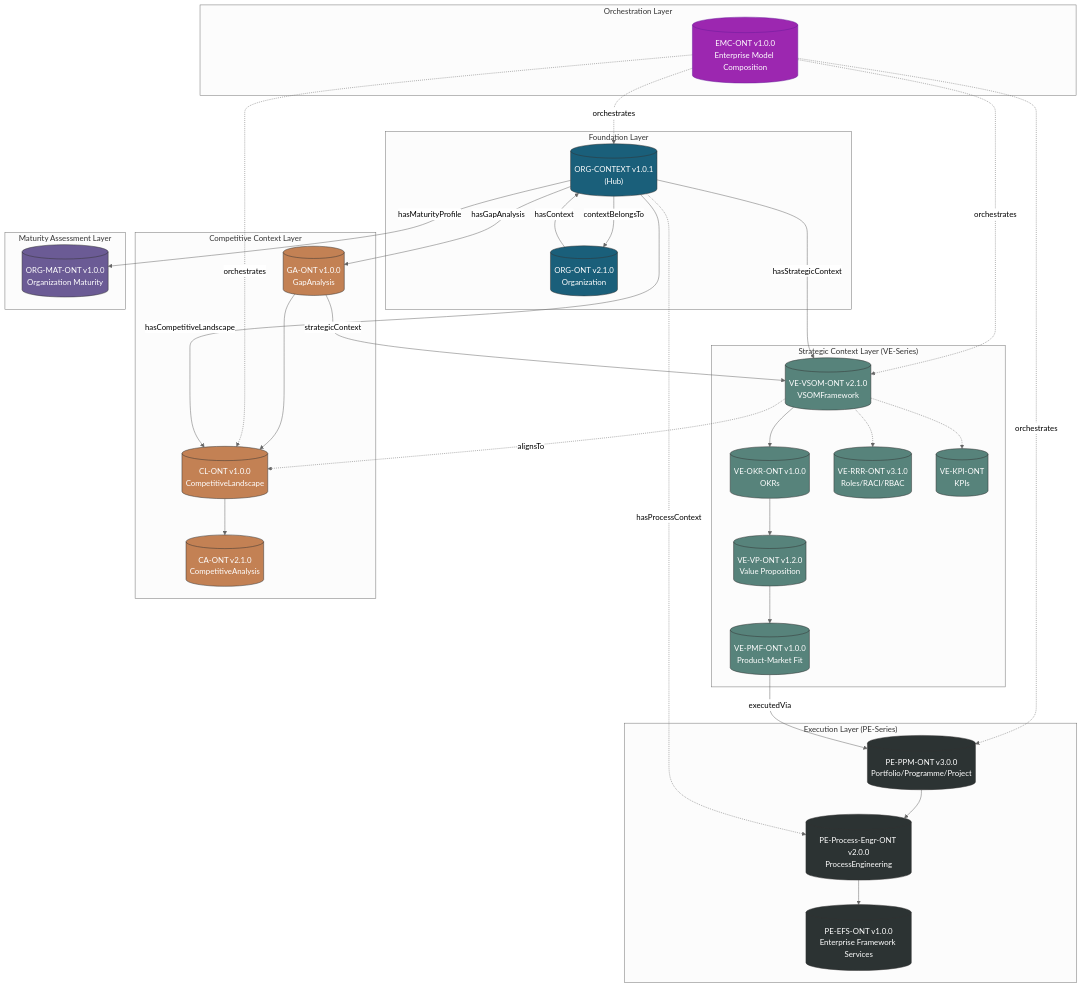
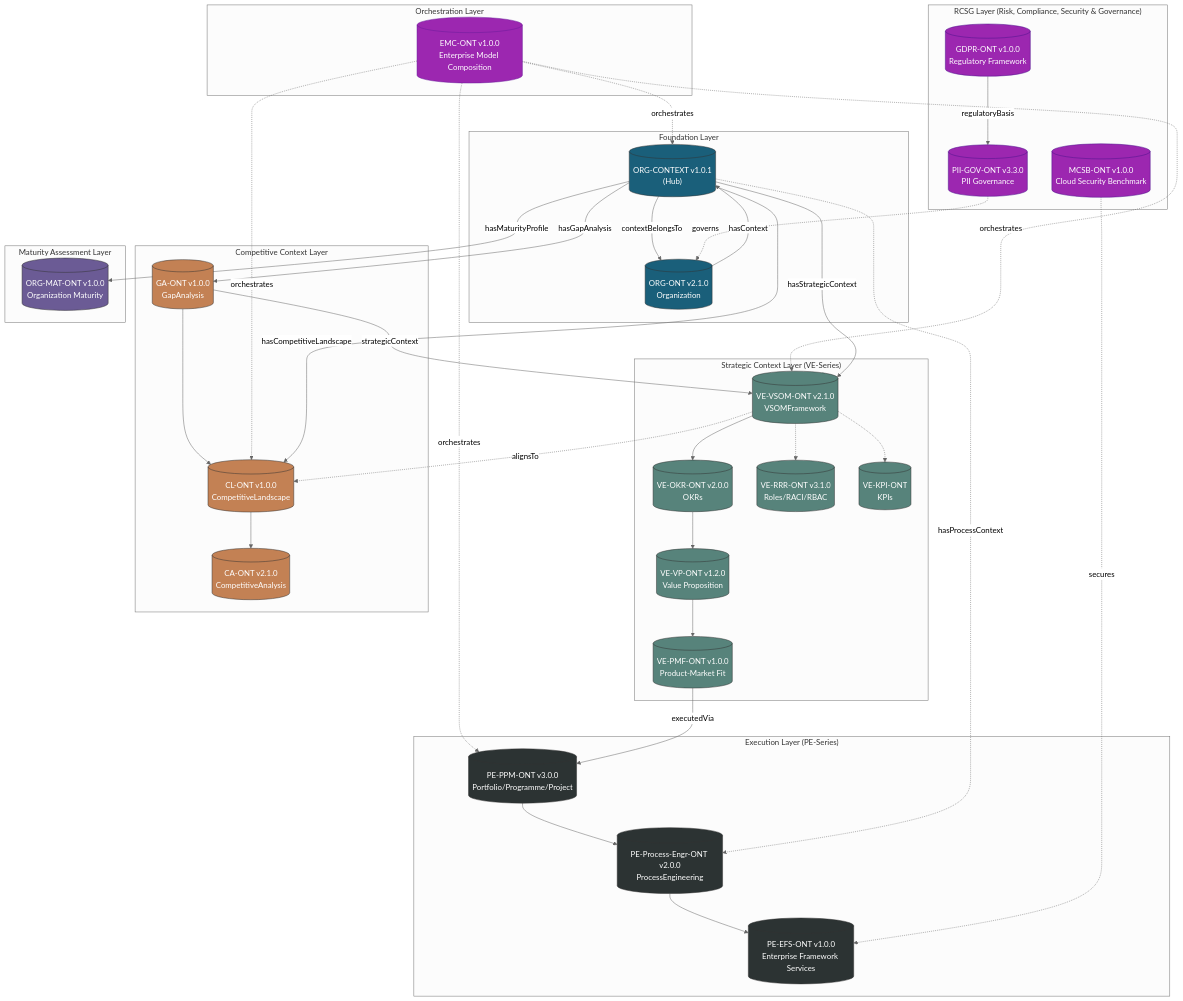
Before and after one commit to ajrmooreuk/Azlan-EA-AAA: diagram 14 of 17 in PBS/ONTOLOGIES/ONTOLOGY-ARCHITECTURE.md, drawn with Mermaid (neutral theme). The commit also changed other lines of this file and 1 other file, not shown here.

First line of the commit message:
Update architecture docs with RCSG-Series and OKR v2.0.0

````diff
--- a/PBS/ONTOLOGIES/ONTOLOGY-ARCHITECTURE.md
+++ b/PBS/ONTOLOGIES/ONTOLOGY-ARCHITECTURE.md
@@ -753,7 +778,7 @@
 
     subgraph "Strategic Context Layer (VE-Series)"
         VSOM[("VE-VSOM-ONT v2.1.0<br/>VSOMFramework")]
-        OKR[("VE-OKR-ONT v1.0.0<br/>OKRs")]
+        OKR[("VE-OKR-ONT v2.0.0<br/>OKRs")]
         VP[("VE-VP-ONT v1.2.0<br/>Value Proposition")]
         RRR[("VE-RRR-ONT v3.1.0<br/>Roles/RACI/RBAC")]
         PMF[("VE-PMF-ONT v1.0.0<br/>Product-Market Fit")]
@@ -788,6 +813,13 @@
         MAT[("ORG-MAT-ONT v1.0.0<br/>Organization Maturity")]
     end
 
+    subgraph "RCSG Layer (Risk, Compliance, Security & Governance)"
+        GDPR[("GDPR-ONT v1.0.0<br/>Regulatory Framework")]
+        PII_GOV[("PII-GOV-ONT v3.3.0<br/>PII Governance")]
+        MCSB_V1[("MCSB-ONT v1.0.0<br/>Cloud Security Benchmark")]
+        GDPR -->|regulatoryBasis| PII_GOV
+    end
+
     %% EMC Orchestration
     EMC -.->|orchestrates| ORG_CTX
     EMC -.->|orchestrates| VSOM
@@ -806,12 +838,17 @@
     PMF -->|executedVia| PPM
     VSOM -.->|alignsTo| CL
 
+    %% RCSG Cross-Layer Connections
+    PII_GOV -.->|governs| ORG
+    MCSB_V1 -.->|secures| EFS
+
     classDef orchestration fill:#9c27b0,stroke:#6a1b9a,color:#fff
     classDef foundation fill:#1a5f7a,stroke:#333,color:#fff
     classDef strategic fill:#57837b,stroke:#333,color:#fff
     classDef competitive fill:#c38154,stroke:#333,color:#fff
     classDef execution fill:#2c3333,stroke:#333,color:#fff
     classDef maturity fill:#6b5b95,stroke:#333,color:#fff
+    classDef rcsg fill:#9c27b0,stroke:#4a148c,color:#fff
 
     class EMC orchestration
     class ORG,ORG_CTX foundation
@@ -819,4 +856,5 @@
     class CL,CA,GA competitive
     class PPM,PE,EFS execution
     class MAT maturity
+    class GDPR,PII_GOV,MCSB_V1 rcsg
 ```
````
